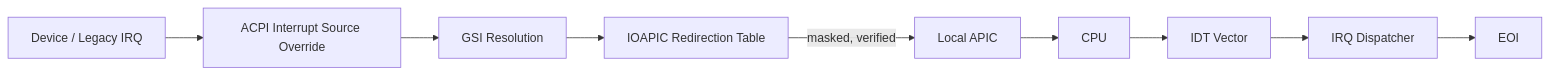
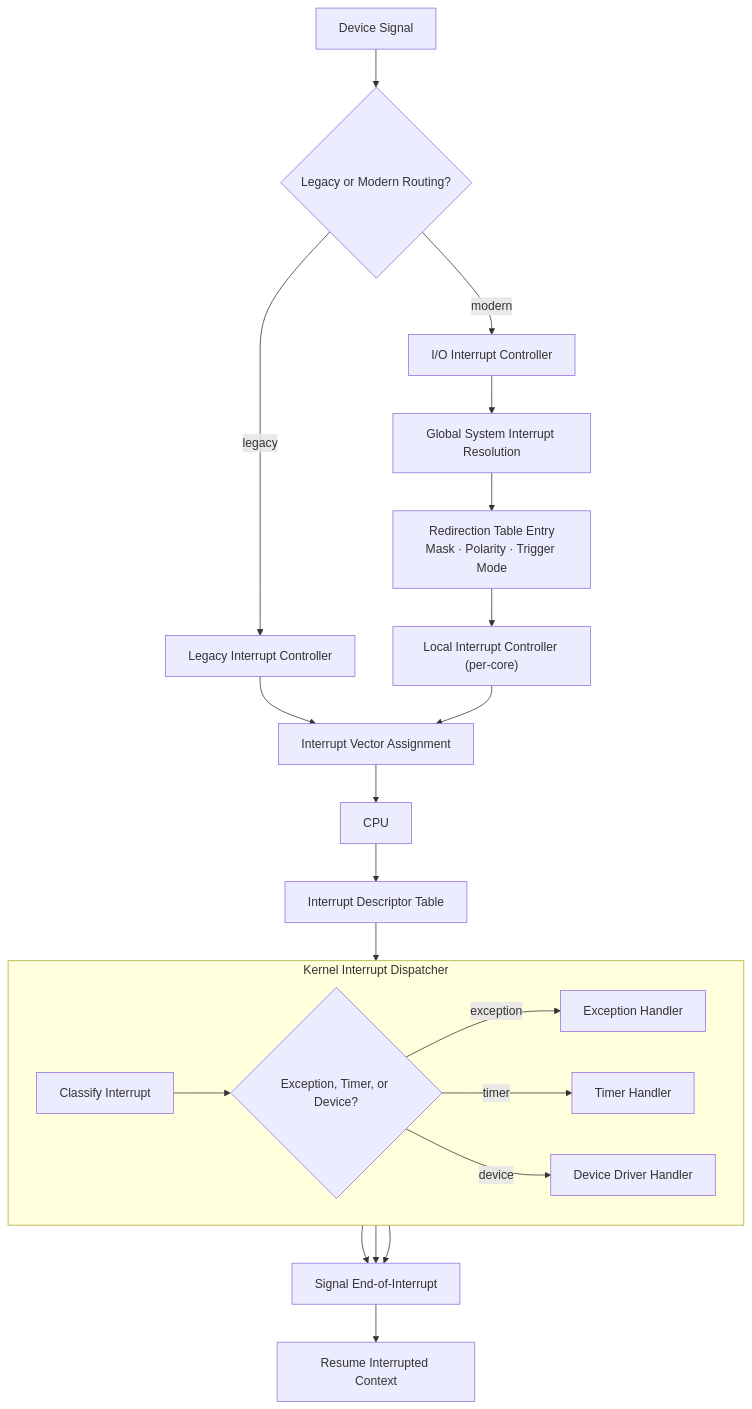
Before and after one commit to aliashrafabbasi/batos-os: the fifth of 13 diagrams in README.md, drawn with Mermaid. The commit also changed other lines of this file, not shown here.

````diff
--- a/README.md
+++ b/README.md
@@ -178,11 +212,29 @@
 ```mermaid
-flowchart LR
-    DEV["Device / Legacy IRQ"] --> ISO["ACPI Interrupt Source Override"]
-    ISO --> GSI["GSI Resolution"]
-    GSI --> IOAPIC["IOAPIC Redirection Table"]
-    IOAPIC -->|"masked, verified"| LAPIC["Local APIC"]
-    LAPIC --> CPU["CPU"]
-    CPU --> IDT["IDT Vector"]
-    IDT --> DISP["IRQ Dispatcher"]
-    DISP --> EOI["EOI"]
+flowchart TD
+    DEV["Device Signal"] --> SRC{"Legacy or Modern Routing?"}
+    SRC -->|"legacy"| PIC["Legacy Interrupt Controller"]
+    SRC -->|"modern"| IOAPIC["I/O Interrupt Controller"]
+
+    PIC --> VECTOR["Interrupt Vector Assignment"]
+    IOAPIC --> GSI["Global System Interrupt Resolution"]
+    GSI --> REDIR["Redirection Table Entry<br/>Mask · Polarity · Trigger Mode"]
+    REDIR --> LAPIC["Local Interrupt Controller (per-core)"]
+    LAPIC --> VECTOR
+
+    VECTOR --> CPU["CPU"]
+    CPU --> IDT["Interrupt Descriptor Table"]
+    IDT --> DISPATCH["Kernel Interrupt Dispatcher"]
+
+    subgraph DISPATCH["Kernel Interrupt Dispatcher"]
+        direction LR
+        CLASSIFY["Classify Interrupt"] --> ROUTE{"Exception, Timer, or Device?"}
+        ROUTE -->|"exception"| EXHANDLE["Exception Handler"]
+        ROUTE -->|"timer"| TIMEHANDLE["Timer Handler"]
+        ROUTE -->|"device"| DEVHANDLE["Device Driver Handler"]
+    end
+
+    EXHANDLE --> EOI["Signal End-of-Interrupt"]
+    TIMEHANDLE --> EOI
+    DEVHANDLE --> EOI
+    EOI --> RESUME["Resume Interrupted Context"]
 ```
````
